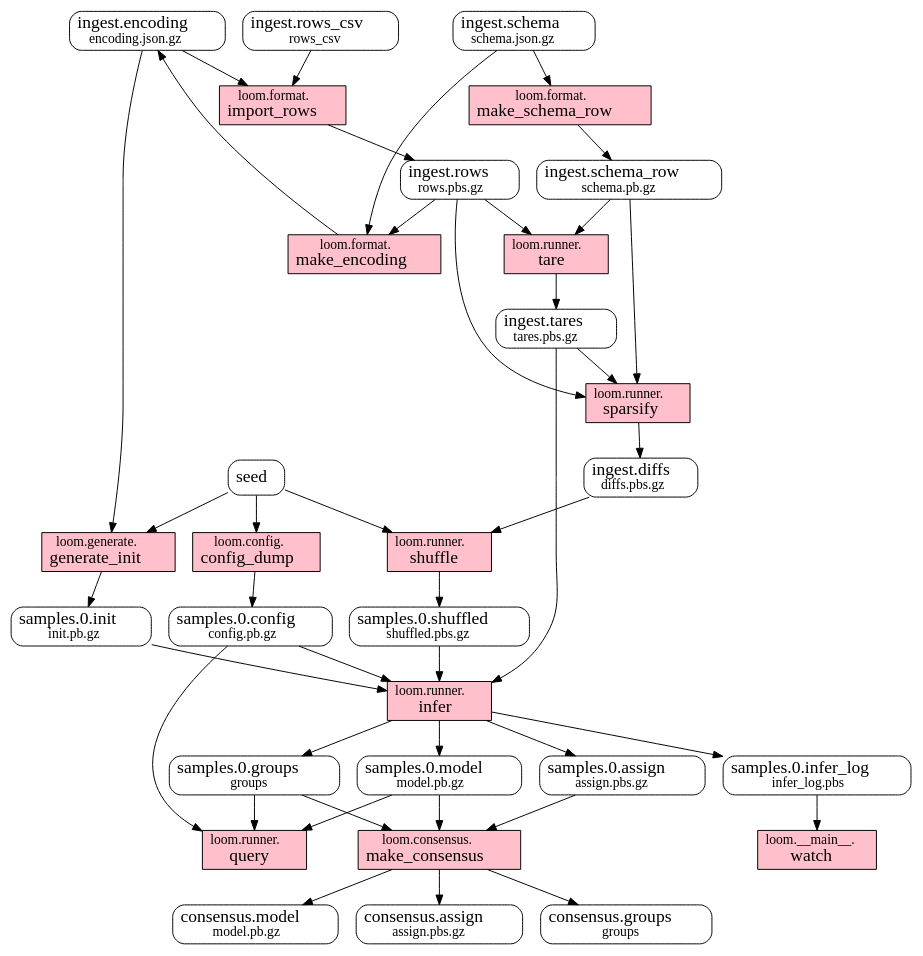
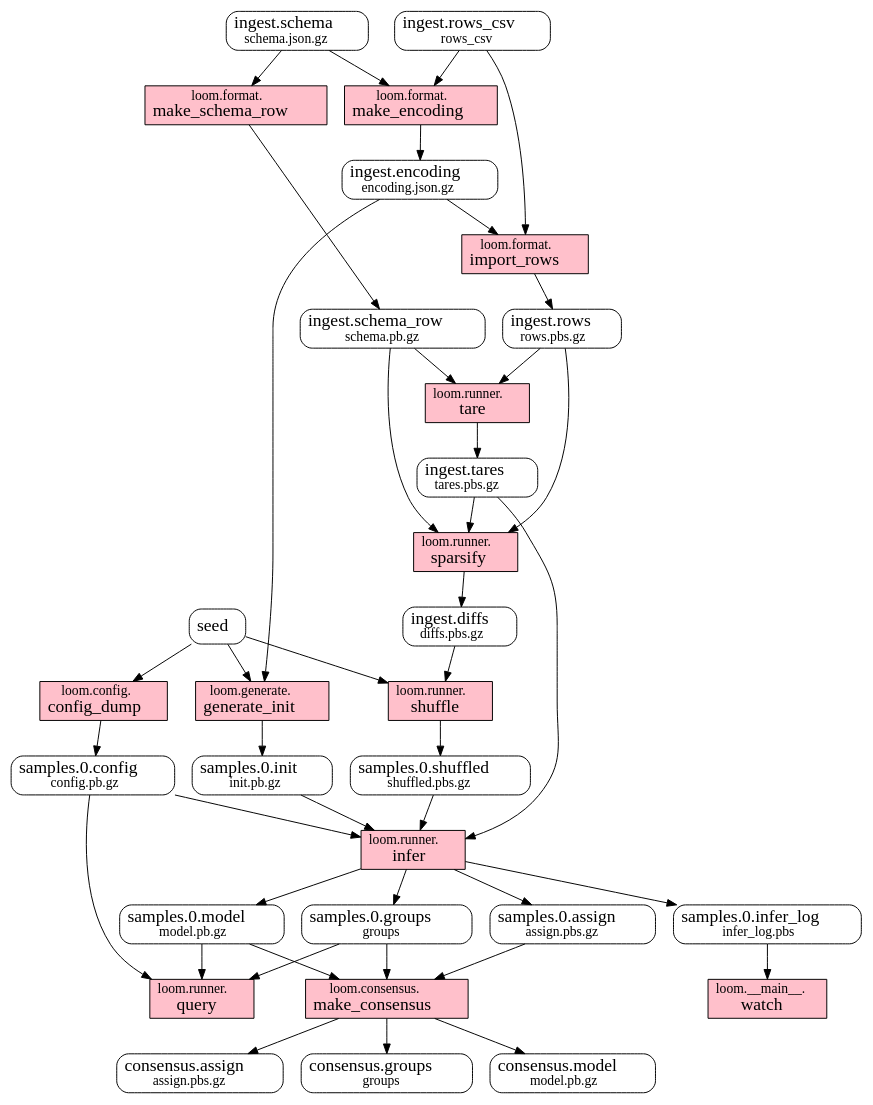
Before and after one commit to priorknowledge/loom: the diagram in doc/dataflow.dot, drawn with Graphviz. The commit also changed 3 other files, not shown here.

```diff
--- a/doc/dataflow.dot
+++ b/doc/dataflow.dot
@@ -1,87 +1,87 @@
 // this file was generated by /home/fobermeyer/sf/loom/loom/documented.py
 digraph G {
   overlap=false;
 
   // data
   {
     node [shape=Mrecord];
+    consensus_assign [label=<<FONT POINT-SIZE="18">consensus.assign</FONT><BR/>assign.pbs.gz>];
+    consensus_groups [label=<<FONT POINT-SIZE="18">consensus.groups</FONT><BR/>groups>];
+    consensus_model [label=<<FONT POINT-SIZE="18">consensus.model</FONT><BR/>model.pb.gz>];
+    ingest_diffs [label=<<FONT POINT-SIZE="18">ingest.diffs</FONT><BR/>diffs.pbs.gz>];
+    ingest_encoding [label=<<FONT POINT-SIZE="18">ingest.encoding</FONT><BR/>encoding.json.gz>];
+    ingest_rows [label=<<FONT POINT-SIZE="18">ingest.rows</FONT><BR/>rows.pbs.gz>];
+    ingest_rows_csv [label=<<FONT POINT-SIZE="18">ingest.rows_csv</FONT><BR/>rows_csv>];
+    ingest_schema [label=<<FONT POINT-SIZE="18">ingest.schema</FONT><BR/>schema.json.gz>];
+    ingest_schema_row [label=<<FONT POINT-SIZE="18">ingest.schema_row</FONT><BR/>schema.pb.gz>];
+    ingest_tares [label=<<FONT POINT-SIZE="18">ingest.tares</FONT><BR/>tares.pbs.gz>];
+    samples_0_assign [label=<<FONT POINT-SIZE="18">samples.0.assign</FONT><BR/>assign.pbs.gz>];
+    samples_0_config [label=<<FONT POINT-SIZE="18">samples.0.config</FONT><BR/>config.pb.gz>];
+    samples_0_groups [label=<<FONT POINT-SIZE="18">samples.0.groups</FONT><BR/>groups>];
+    samples_0_infer_log [label=<<FONT POINT-SIZE="18">samples.0.infer_log</FONT><BR/>infer_log.pbs>];
+    samples_0_init [label=<<FONT POINT-SIZE="18">samples.0.init</FONT><BR/>init.pb.gz>];
     samples_0_model [label=<<FONT POINT-SIZE="18">samples.0.model</FONT><BR/>model.pb.gz>];
-    ingest_rows_csv [label=<<FONT POINT-SIZE="18">ingest.rows_csv</FONT><BR/>rows_csv>];
-    consensus_model [label=<<FONT POINT-SIZE="18">consensus.model</FONT><BR/>model.pb.gz>];
-    ingest_schema [label=<<FONT POINT-SIZE="18">ingest.schema</FONT><BR/>schema.json.gz>];
-    samples_0_init [label=<<FONT POINT-SIZE="18">samples.0.init</FONT><BR/>init.pb.gz>];
     samples_0_shuffled [label=<<FONT POINT-SIZE="18">samples.0.shuffled</FONT><BR/>shuffled.pbs.gz>];
-    samples_0_assign [label=<<FONT POINT-SIZE="18">samples.0.assign</FONT><BR/>assign.pbs.gz>];
-    samples_0_infer_log [label=<<FONT POINT-SIZE="18">samples.0.infer_log</FONT><BR/>infer_log.pbs>];
-    consensus_assign [label=<<FONT POINT-SIZE="18">consensus.assign</FONT><BR/>assign.pbs.gz>];
-    ingest_rows [label=<<FONT POINT-SIZE="18">ingest.rows</FONT><BR/>rows.pbs.gz>];
-    ingest_tares [label=<<FONT POINT-SIZE="18">ingest.tares</FONT><BR/>tares.pbs.gz>];
-    consensus_groups [label=<<FONT POINT-SIZE="18">consensus.groups</FONT><BR/>groups>];
-    samples_0_config [label=<<FONT POINT-SIZE="18">samples.0.config</FONT><BR/>config.pb.gz>];
-    ingest_schema_row [label=<<FONT POINT-SIZE="18">ingest.schema_row</FONT><BR/>schema.pb.gz>];
-    ingest_encoding [label=<<FONT POINT-SIZE="18">ingest.encoding</FONT><BR/>encoding.json.gz>];
-    samples_0_groups [label=<<FONT POINT-SIZE="18">samples.0.groups</FONT><BR/>groups>];
     seed [label=<<FONT POINT-SIZE="18">seed</FONT>>];
-    ingest_diffs [label=<<FONT POINT-SIZE="18">ingest.diffs</FONT><BR/>diffs.pbs.gz>];
   }
 
   // transforms
   {
     node [shape=box, style=filled];
 
+    config_dump [label=<loom.config.<BR/><FONT POINT-SIZE="18">config_dump</FONT>>, fillcolor=pink];
     tare [label=<loom.runner.<BR/><FONT POINT-SIZE="18">tare</FONT>>, fillcolor=pink];
+    sparsify [label=<loom.runner.<BR/><FONT POINT-SIZE="18">sparsify</FONT>>, fillcolor=pink];
+    shuffle [label=<loom.runner.<BR/><FONT POINT-SIZE="18">shuffle</FONT>>, fillcolor=pink];
+    infer [label=<loom.runner.<BR/><FONT POINT-SIZE="18">infer</FONT>>, fillcolor=pink];
     query [label=<loom.runner.<BR/><FONT POINT-SIZE="18">query</FONT>>, fillcolor=pink];
+    generate_init [label=<loom.generate.<BR/><FONT POINT-SIZE="18">generate_init</FONT>>, fillcolor=pink];
+    make_schema_row [label=<loom.format.<BR/><FONT POINT-SIZE="18">make_schema_row</FONT>>, fillcolor=pink];
+    make_encoding [label=<loom.format.<BR/><FONT POINT-SIZE="18">make_encoding</FONT>>, fillcolor=pink];
+    import_rows [label=<loom.format.<BR/><FONT POINT-SIZE="18">import_rows</FONT>>, fillcolor=pink];
+    make_consensus [label=<loom.consensus.<BR/><FONT POINT-SIZE="18">make_consensus</FONT>>, fillcolor=pink];
     watch [label=<loom.__main__.<BR/><FONT POINT-SIZE="18">watch</FONT>>, fillcolor=pink];
-    config_dump [label=<loom.config.<BR/><FONT POINT-SIZE="18">config_dump</FONT>>, fillcolor=pink];
-    sparsify [label=<loom.runner.<BR/><FONT POINT-SIZE="18">sparsify</FONT>>, fillcolor=pink];
-    generate_init [label=<loom.generate.<BR/><FONT POINT-SIZE="18">generate_init</FONT>>, fillcolor=pink];
-    make_encoding [label=<loom.format.<BR/><FONT POINT-SIZE="18">make_encoding</FONT>>, fillcolor=pink];
-    shuffle [label=<loom.runner.<BR/><FONT POINT-SIZE="18">shuffle</FONT>>, fillcolor=pink];
-    make_schema_row [label=<loom.format.<BR/><FONT POINT-SIZE="18">make_schema_row</FONT>>, fillcolor=pink];
-    make_consensus [label=<loom.consensus.<BR/><FONT POINT-SIZE="18">make_consensus</FONT>>, fillcolor=pink];
-    infer [label=<loom.runner.<BR/><FONT POINT-SIZE="18">infer</FONT>>, fillcolor=pink];
-    import_rows [label=<loom.format.<BR/><FONT POINT-SIZE="18">import_rows</FONT>>, fillcolor=pink];
 
+    seed -> config_dump [weight=1.0];
+    config_dump -> samples_0_config [weight=1.0];
     ingest_schema_row -> tare [weight=1.0];
     ingest_rows -> tare [weight=1.0];
     tare -> ingest_tares [weight=1.0];
-    samples_0_config -> query [weight=1.0];
-    samples_0_model -> query [weight=1.0];
-    samples_0_groups -> query [weight=1.0];
-    samples_0_infer_log -> watch [weight=1.0];
-    seed -> config_dump [weight=1.0];
-    config_dump -> samples_0_config [weight=1.0];
     ingest_schema_row -> sparsify [weight=1.0];
     ingest_tares -> sparsify [weight=1.0];
     ingest_rows -> sparsify [weight=1.0];
     sparsify -> ingest_diffs [weight=1.0];
-    ingest_encoding -> generate_init [weight=1.0];
-    seed -> generate_init [weight=1.0];
-    generate_init -> samples_0_init [weight=1.0];
-    ingest_schema -> make_encoding [weight=1.0];
-    ingest_rows -> make_encoding [weight=1.0];
-    make_encoding -> ingest_encoding [weight=1.0];
     ingest_diffs -> shuffle [weight=1.0];
     seed -> shuffle [weight=1.0];
     shuffle -> samples_0_shuffled [weight=1.0];
-    ingest_schema -> make_schema_row [weight=1.0];
-    make_schema_row -> ingest_schema_row [weight=1.0];
-    samples_0_model -> make_consensus [weight=1.0];
-    samples_0_groups -> make_consensus [weight=1.0];
-    samples_0_assign -> make_consensus [weight=1.0];
-    make_consensus -> consensus_model [weight=1.0];
-    make_consensus -> consensus_groups [weight=1.0];
-    make_consensus -> consensus_assign [weight=1.0];
     samples_0_config -> infer [weight=1.0];
     samples_0_shuffled -> infer [weight=1.0];
     ingest_tares -> infer [weight=1.0];
     samples_0_init -> infer [weight=1.0];
     infer -> samples_0_model [weight=1.0];
     infer -> samples_0_groups [weight=1.0];
     infer -> samples_0_assign [weight=1.0];
     infer -> samples_0_infer_log [weight=1.0];
+    samples_0_config -> query [weight=1.0];
+    samples_0_model -> query [weight=1.0];
+    samples_0_groups -> query [weight=1.0];
+    ingest_encoding -> generate_init [weight=1.0];
+    seed -> generate_init [weight=1.0];
+    generate_init -> samples_0_init [weight=1.0];
+    ingest_schema -> make_schema_row [weight=1.0];
+    make_schema_row -> ingest_schema_row [weight=1.0];
+    ingest_schema -> make_encoding [weight=1.0];
+    ingest_rows_csv -> make_encoding [weight=1.0];
+    make_encoding -> ingest_encoding [weight=1.0];
     ingest_encoding -> import_rows [weight=1.0];
     ingest_rows_csv -> import_rows [weight=1.0];
     import_rows -> ingest_rows [weight=1.0];
+    samples_0_model -> make_consensus [weight=1.0];
+    samples_0_groups -> make_consensus [weight=1.0];
+    samples_0_assign -> make_consensus [weight=1.0];
+    make_consensus -> consensus_model [weight=1.0];
+    make_consensus -> consensus_groups [weight=1.0];
+    make_consensus -> consensus_assign [weight=1.0];
+    samples_0_infer_log -> watch [weight=1.0];
   }
 }
```
